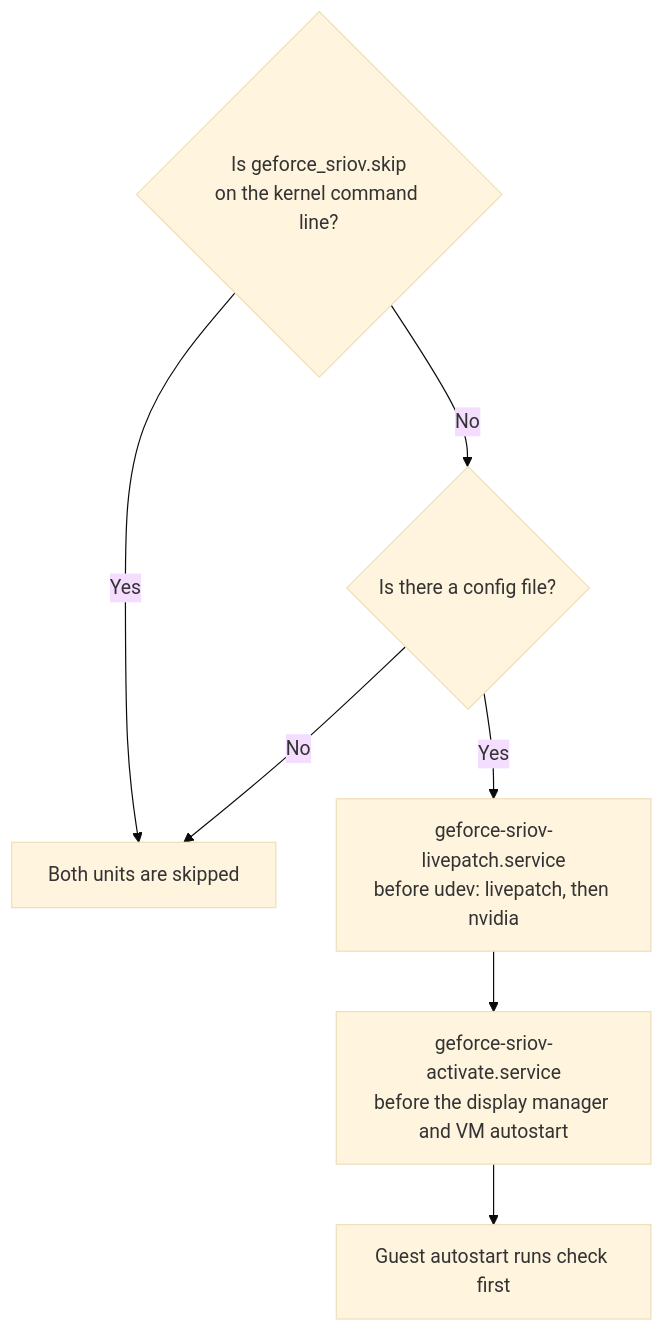
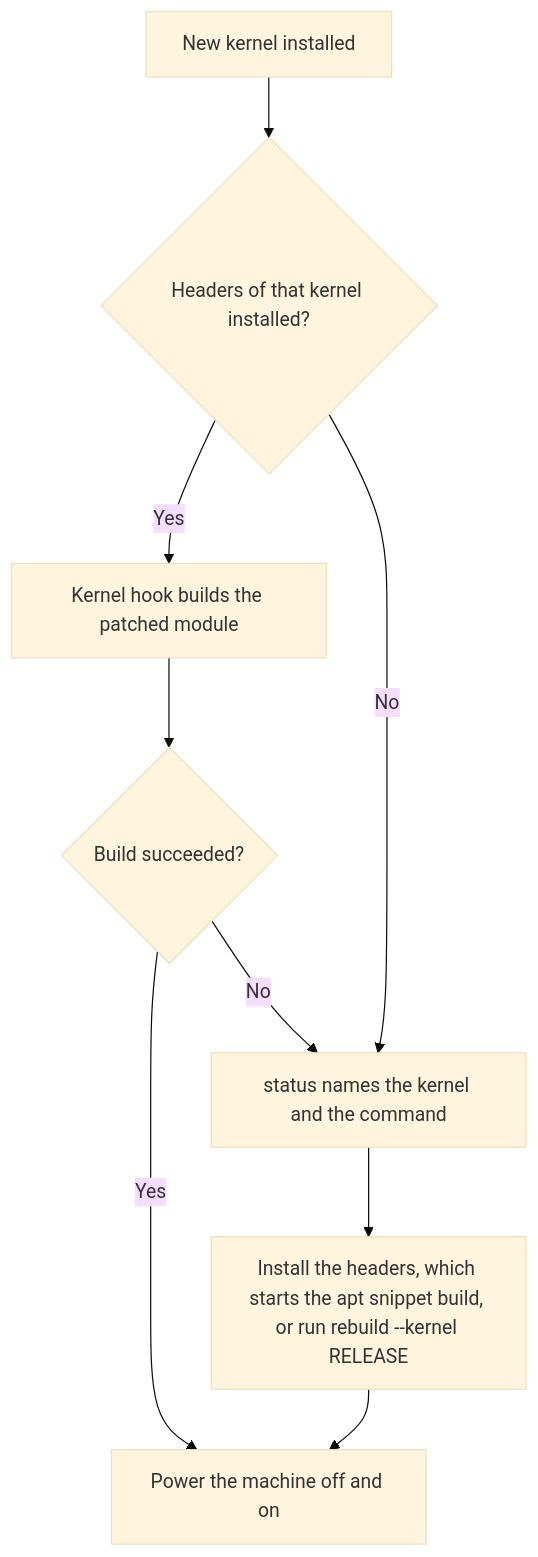
The fifth of 7 diagrams in docs/installation.md (noon-at-cgn/geforce-sriov), drawn with Mermaid (base theme) before and after one commit. The commit also changed other lines of this file and 86 other files, not shown here.

Commit message:
geforce-sriov 0.4.0

````diff
--- a/docs/installation.md
+++ b/docs/installation.md
@@ -713,9 +502,11 @@
 ```mermaid
 flowchart TD
-    skipflag{"Is geforce_sriov.skip<br/>on the kernel command line?"} -->|Yes| skip["Both units are skipped"]
-    skipflag -->|No| cfg{"Is there a config file?"}
-    cfg -->|No| skip
-    cfg -->|Yes| lp["geforce-sriov-livepatch.service<br/>before udev: livepatch, then nvidia"]
-    lp --> act["geforce-sriov-activate.service<br/>before the display manager and VM autostart"]
-    act --> vm["Guest autostart runs check first"]
+    K["New kernel installed"] --> H{"Headers of that kernel installed?"}
+    H -->|Yes| B["Kernel hook builds the patched module"]
+    H -->|No| N["status names the kernel and the command"]
+    B --> S{"Build succeeded?"}
+    S -->|Yes| P["Power the machine off and on"]
+    S -->|No| N
+    N --> RB["Install the headers, which starts the apt snippet build, or run rebuild --kernel RELEASE"]
+    RB --> P
 ```
````
